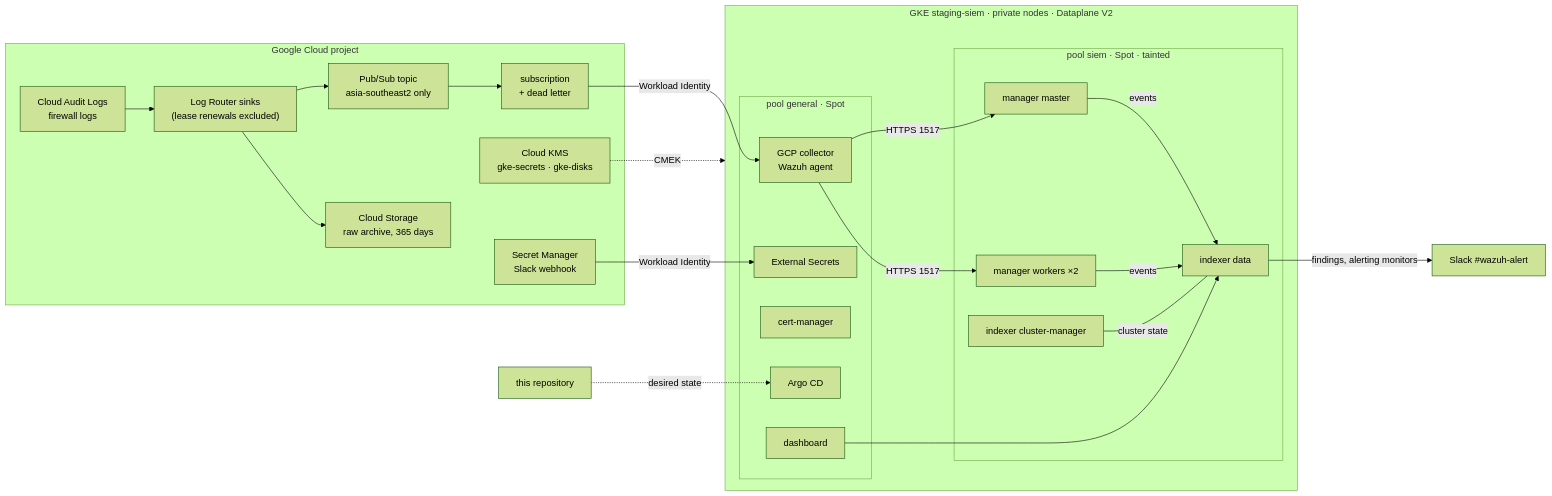
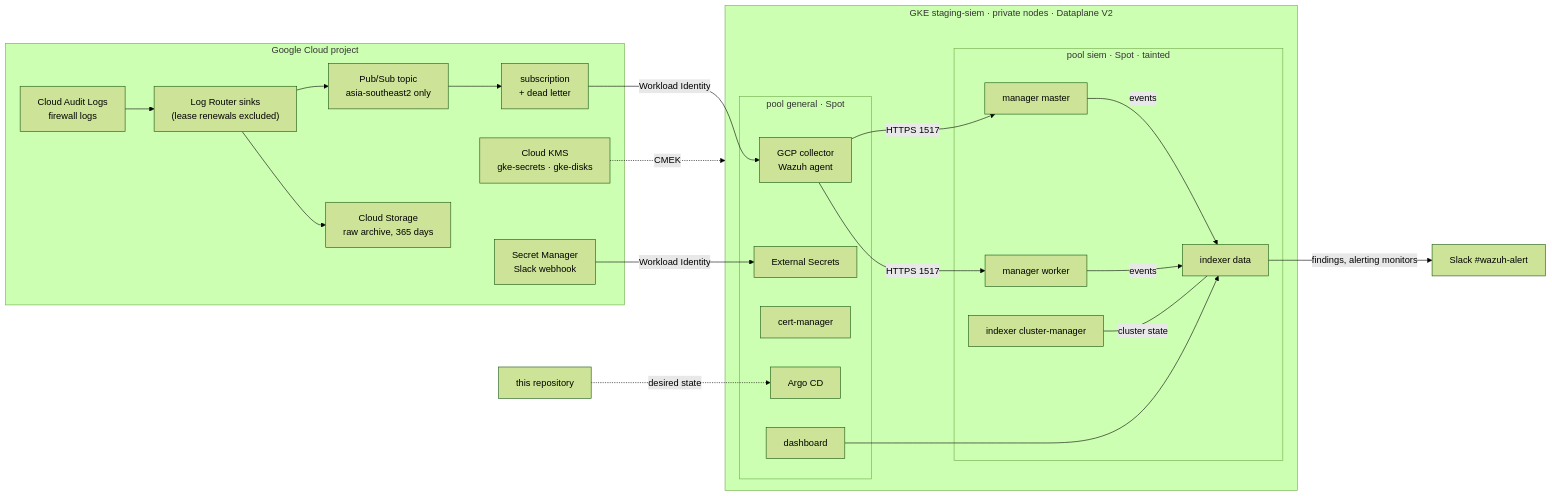
One commit to alice101-dev/wazuh-siem-gitops changed the diagram in README.md. Above: the diagram before and after it, drawn with Mermaid (forest theme). The commit also changed other lines of this file and 1 other file, not shown here.

Commit message:
Wazuh manager runs a single worker

````diff
--- a/README.md
+++ b/README.md
@@ -21,42 +21,42 @@
 ```mermaid
 flowchart LR
   subgraph gcp["Google Cloud project"]
     audit["Cloud Audit Logs<br/>firewall logs"]
     sink["Log Router sinks<br/>(lease renewals excluded)"]
     topic["Pub/Sub topic<br/>asia-southeast2 only"]
     sub["subscription<br/>+ dead letter"]
     archive["Cloud Storage<br/>raw archive, 365 days"]
     kms["Cloud KMS<br/>gke-secrets · gke-disks"]
     sm["Secret Manager<br/>Slack webhook"]
     audit --> sink --> topic --> sub
     sink --> archive
   end
 
   subgraph gke["GKE staging-siem · private nodes · Dataplane V2"]
     subgraph general["pool general · Spot"]
       argo["Argo CD"]
       eso["External Secrets"]
       cm["cert-manager"]
       collector["GCP collector<br/>Wazuh agent"]
       dash["dashboard"]
     end
     subgraph siem["pool siem · Spot · tainted"]
       master["manager master"]
-      workers["manager workers ×2"]
+      workers["manager worker"]
       icm["indexer cluster-manager"]
       idata["indexer data"]
     end
   end
 
   slack["Slack #wazuh-alert"]
 
   sub -->|Workload Identity| collector
   collector -->|HTTPS 1517| master & workers
   master & workers -->|events| idata
   icm ---|cluster state| idata
   idata -->|"findings, alerting monitors"| slack
   dash --> idata
   sm -->|Workload Identity| eso
   kms -.->|CMEK| gke
   repo["this repository"] -.->|desired state| argo
 ```
````
